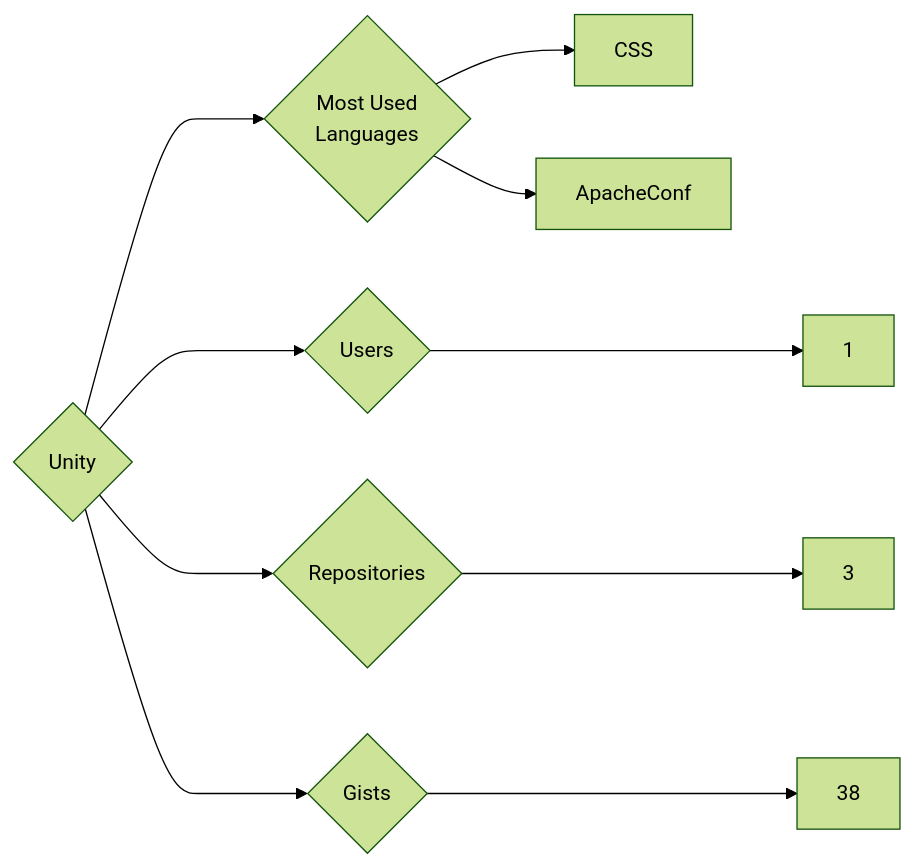
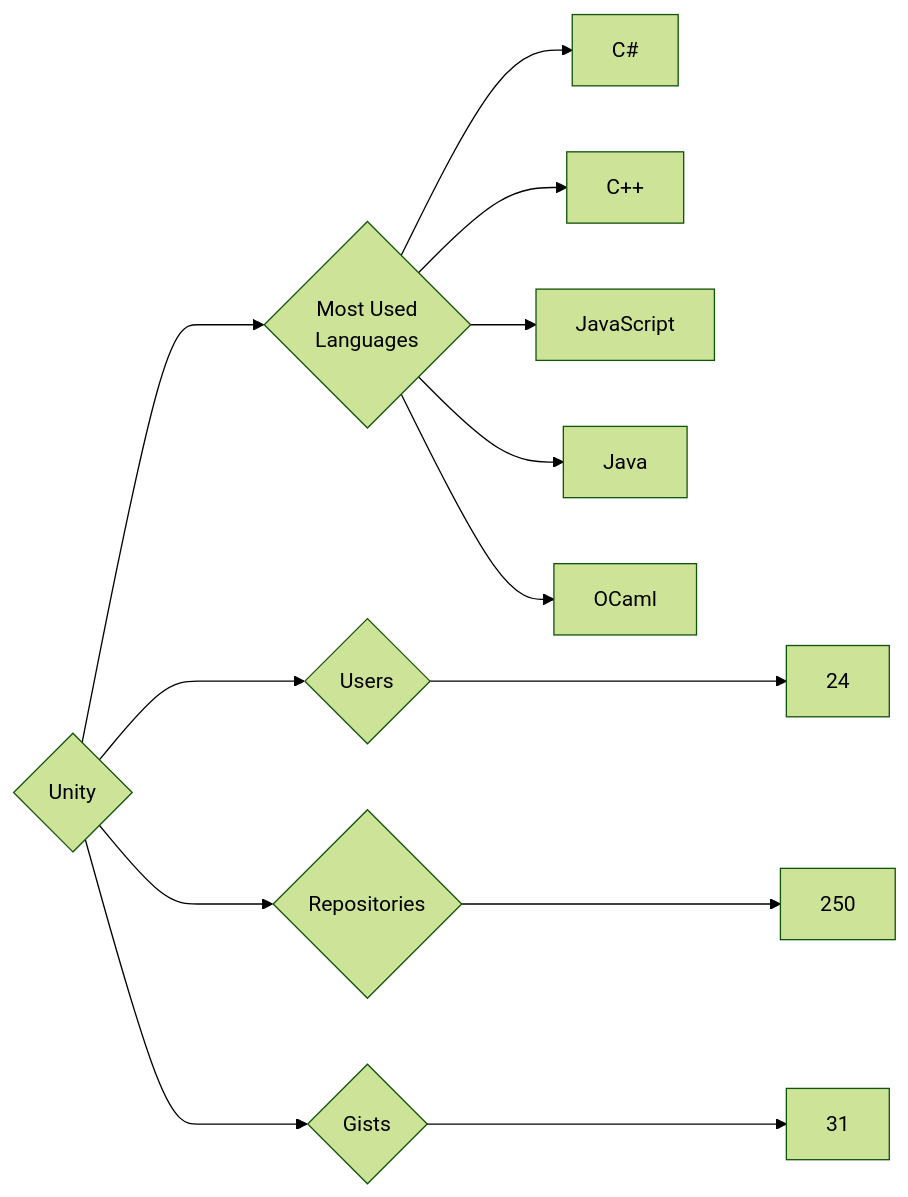
One commit to trickest/insiders changed the diagram in targets/Unity/README.md. Above: the diagram before and after it, drawn with Mermaid (forest theme). The commit also changed 765 other files, not shown here.

````diff
--- a/targets/Unity/README.md
+++ b/targets/Unity/README.md
@@ -3,10 +3,13 @@
 ```mermaid
 graph LR
 COMPANY_NAME{Unity}
-COMPANY_NAME ---> U{Users} ---> UN[1]
-COMPANY_NAME ---> R{Repositories} ---> RN[3]
-COMPANY_NAME ---> G{Gists} ---> GN[38]
+COMPANY_NAME ---> U{Users} ---> UN[24]
+COMPANY_NAME ---> R{Repositories} ---> RN[250]
+COMPANY_NAME ---> G{Gists} ---> GN[31]
 COMPANY_NAME ---> ML{Most Used<br>Languages}
-ML --> CSS[CSS]
-ML --> ApacheConf[ApacheConf]
+ML --> C#[C#]
+ML --> C++[C++]
+ML --> JavaScript[JavaScript]
+ML --> Java[Java]
+ML --> OCaml[OCaml]
 ```
````
